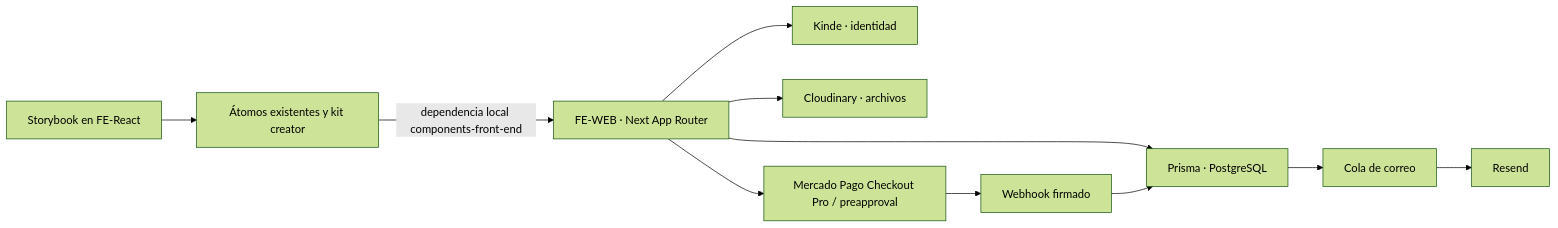
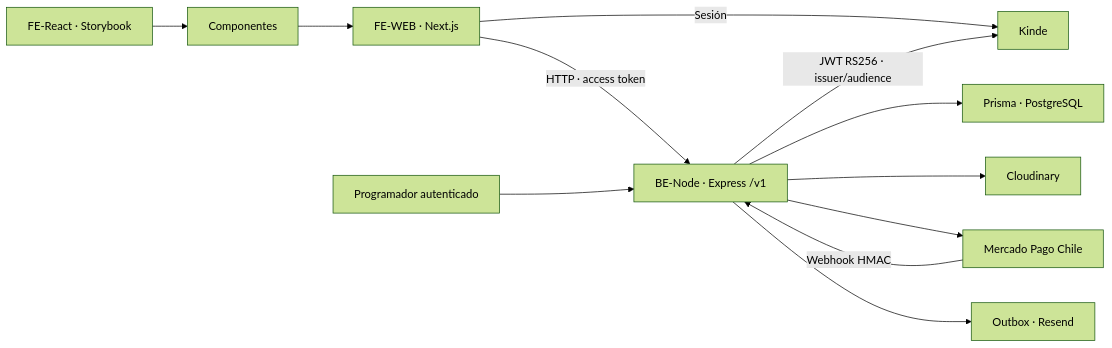
One commit to CarlosBricen0/FE-WEB changed the diagram in docs/ARCHITECTURE.md. Above: the diagram before and after it, drawn with Mermaid (forest theme). The commit also changed other lines of this file and 71 other files, not shown here.

Commit message:
refactor: consume independent BE-Node API from Next frontend

````diff
--- a/docs/ARCHITECTURE.md
+++ b/docs/ARCHITECTURE.md
@@ -3,13 +3,14 @@
 ```mermaid
 flowchart LR
-  SB[Storybook en FE-React] --> UI[Átomos existentes y kit creator]
-  UI -->|dependencia local components-front-end| WEB[FE-WEB · Next App Router]
-  WEB --> AUTH[Kinde · identidad]
-  WEB --> DB[Prisma · PostgreSQL]
-  WEB --> MEDIA[Cloudinary · archivos]
-  WEB --> CHECKOUT[Mercado Pago Checkout Pro / preapproval]
-  CHECKOUT --> WH[Webhook firmado]
-  WH --> DB
-  DB --> OUTBOX[Cola de correo]
-  OUTBOX --> EMAIL[Resend]
+  SB[FE-React · Storybook] --> UI[Componentes]
+  UI --> WEB[FE-WEB · Next.js]
+  WEB -->|Sesión| AUTH[Kinde]
+  WEB -->|HTTP · access token| API[BE-Node · Express /v1]
+  API -->|JWT RS256 · issuer/audience| AUTH
+  API --> DB[Prisma · PostgreSQL]
+  API --> MEDIA[Cloudinary]
+  API --> MP[Mercado Pago Chile]
+  MP -->|Webhook HMAC| API
+  API --> EMAIL[Outbox · Resend]
+  CRON[Programador autenticado] --> API
 ```
````
